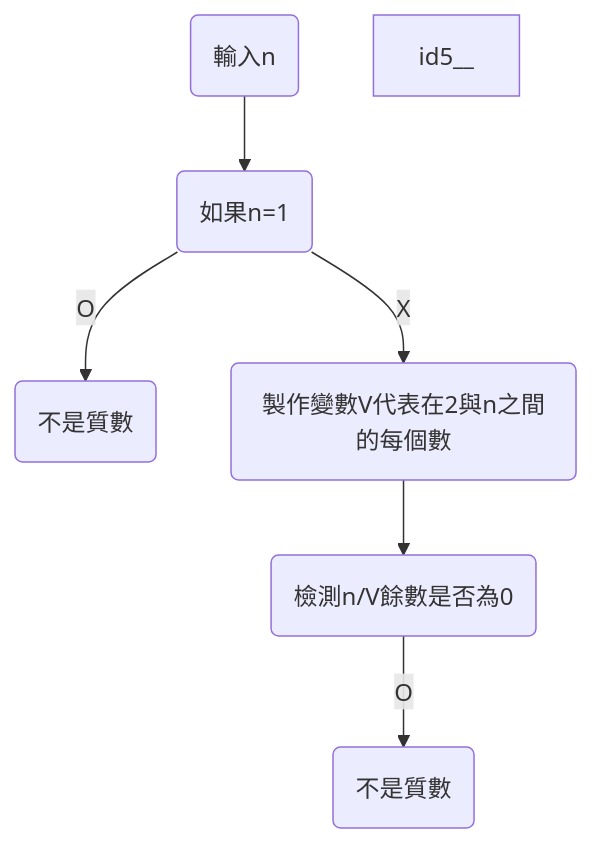
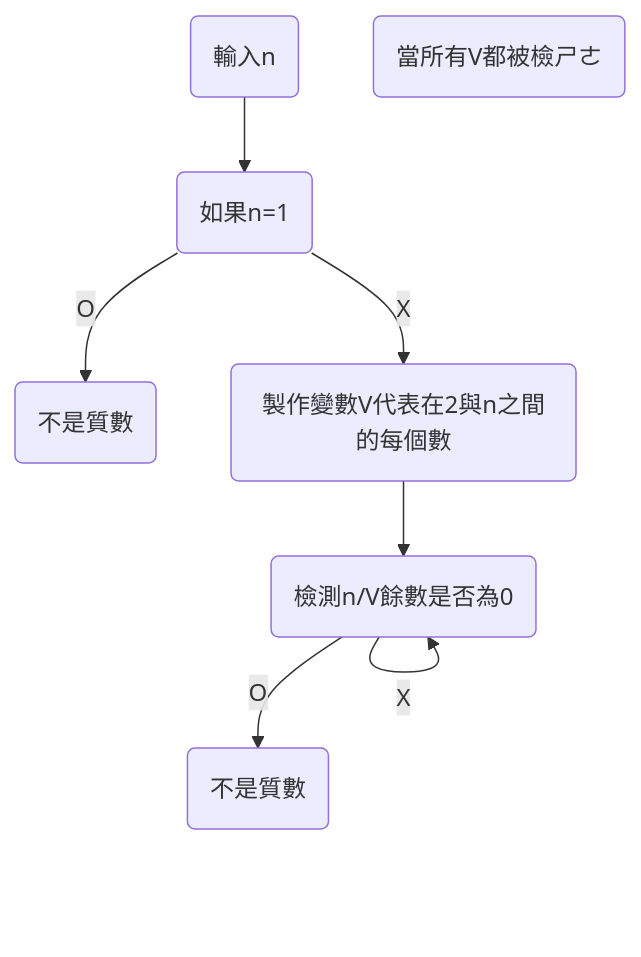
One commit to Ethane1755/Obsidian changed the diagram in Zettelkasten/Untitled.md. Above: the diagram before and after it, drawn with Mermaid.

Commit message:
Obsidian Backup 2021-08-29 11:34

````diff
--- a/Zettelkasten/Untitled.md
+++ b/Zettelkasten/Untitled.md
@@ -3,9 +3,10 @@
 ```mermaid
 graph TD
 
 id1(輸入n)-->id2(如果n=1)-->|O|id3(不是質數)
 id2-->|X|id4(製作變數V代表在2與n之間的每個數)
 id4-->id5(檢測n/V餘數是否為0)
 id5-->|O|id6(不是質數)
-id5__
+id5-->|X|id5
+id7(當所有V都被檢ㄕㄜ)
 ```
````
